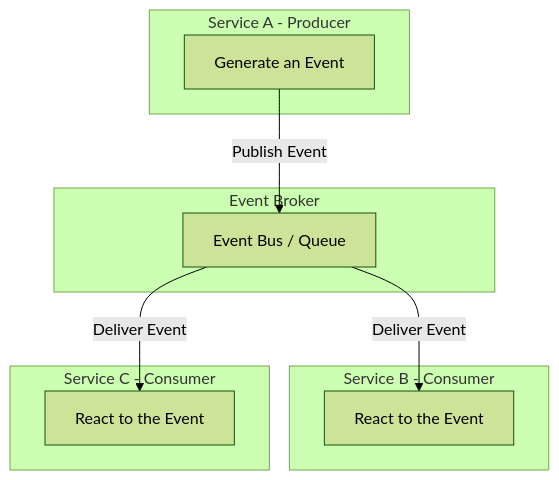
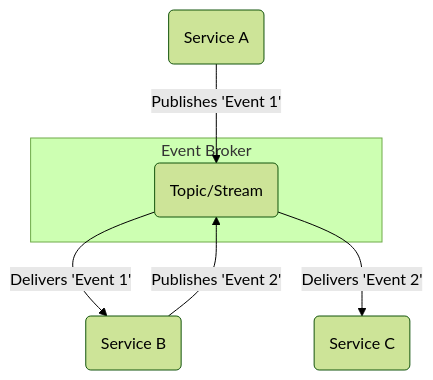
One commit to bmeurant/technical-docs changed the first of 2 diagrams in software-architecture/architectural-styles/event-driven.md. Above: the diagram before and after it, drawn with Mermaid (forest theme). The commit also changed other lines of this file and 35 other files, not shown here.

Commit message:
docs(software-architecture): various fixes

````diff
--- a/software-architecture/architectural-styles/event-driven.md
+++ b/software-architecture/architectural-styles/event-driven.md
@@ -22,22 +29,15 @@
 ```mermaid
 graph TD
-    subgraph Service A - Producer
-        A[Generate an Event]
+    subgraph Event Broker
+        B(Topic/Stream)
     end
 
-    subgraph Event Broker
-        B[Event Bus / Queue]
-    end
+    S1(Service A)
+    S2(Service B)
+    S3(Service C)
 
-    subgraph Service B - Consumer
-        C[React to the Event]
-    end
-
-    subgraph Service C - Consumer
-        D[React to the Event]
-    end
-
-    A -- "Publish Event" --> B
-    B -- "Deliver Event" --> C
-    B -- "Deliver Event" --> D
+    S1 -- "Publishes 'Event 1'" --> B
+    B -- "Delivers 'Event 1'" --> S2
+    S2 -- "Publishes 'Event 2'" --> B
+    B -- "Delivers 'Event 2'" --> S3
 ```
````
